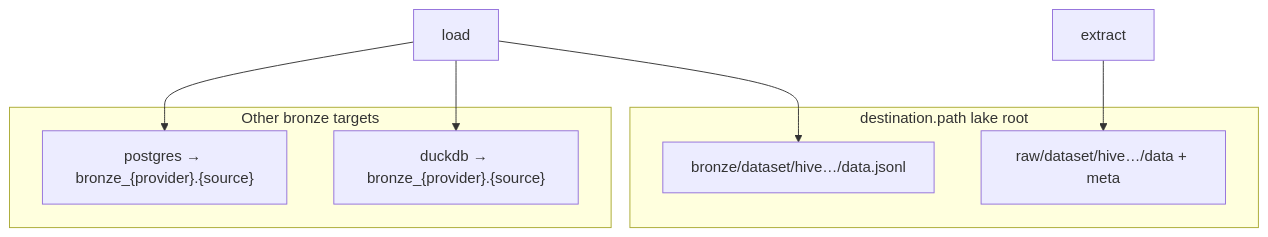
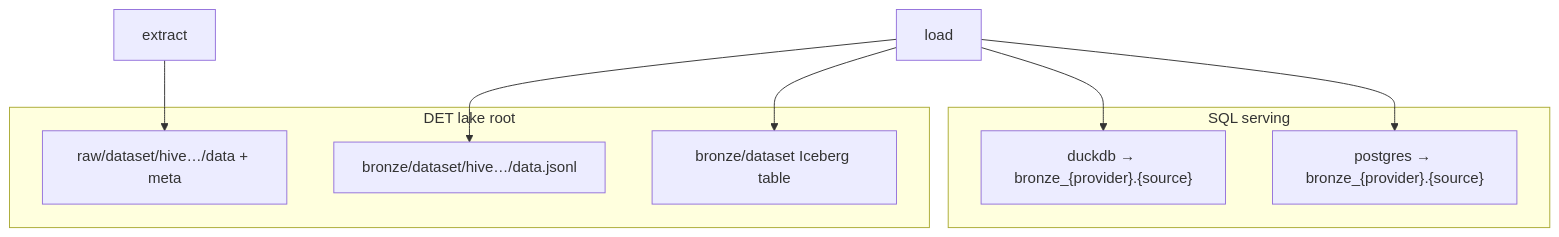
One commit to codekid/det changed the fourth of 8 diagrams in README.md. Above: the diagram before and after it, drawn with Mermaid. The commit also changed other lines of this file and 31 other files, not shown here.

First line of the commit message:
Land SQL and Iceberg bronze with replace-by-run and schema-aware DDL.

````diff
--- a/README.md
+++ b/README.md
@@ -158,17 +162,19 @@
 ```mermaid
 flowchart TB
-  subgraph lake [destination.path lake root]
+  subgraph lake [DET lake root]
     rawFS["raw/dataset/hive…/data + meta"]
     bronzeFS["bronze/dataset/hive…/data.jsonl"]
+    bronzeIce["bronze/dataset Iceberg table"]
   end
 
-  subgraph other [Other bronze targets]
+  subgraph other [SQL serving]
     duck["duckdb → bronze_{provider}.{source}"]
     pg["postgres → bronze_{provider}.{source}"]
   end
 
   extract[extract] --> rawFS
   load[load] --> bronzeFS
+  load --> bronzeIce
   load --> duck
   load --> pg
 ```
````
